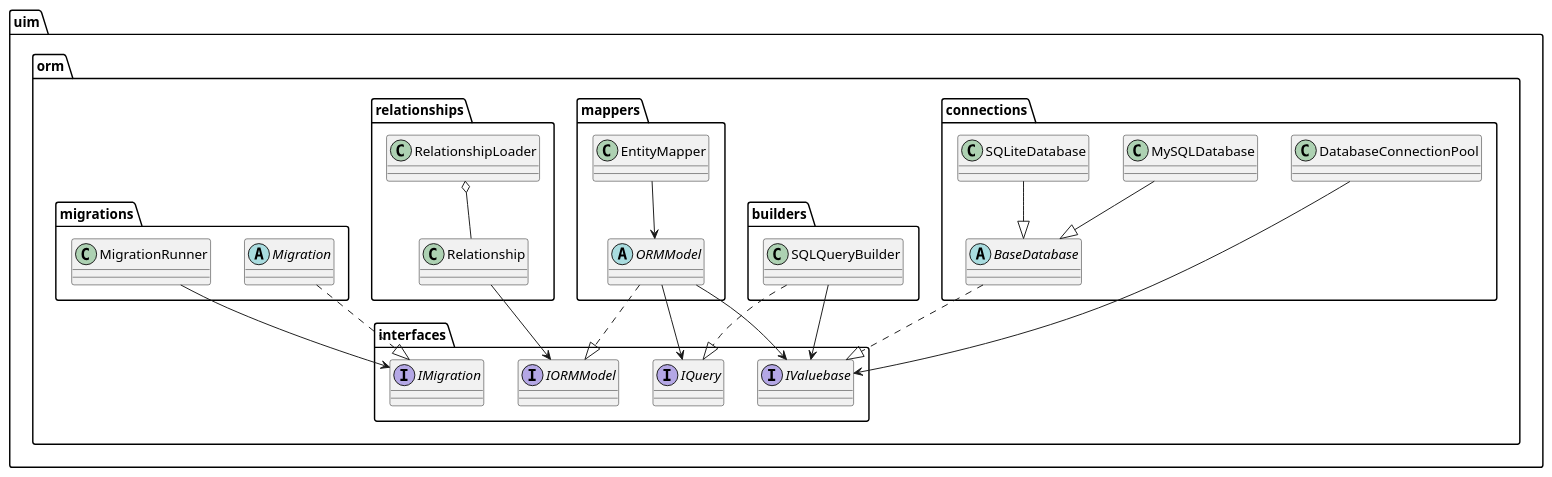
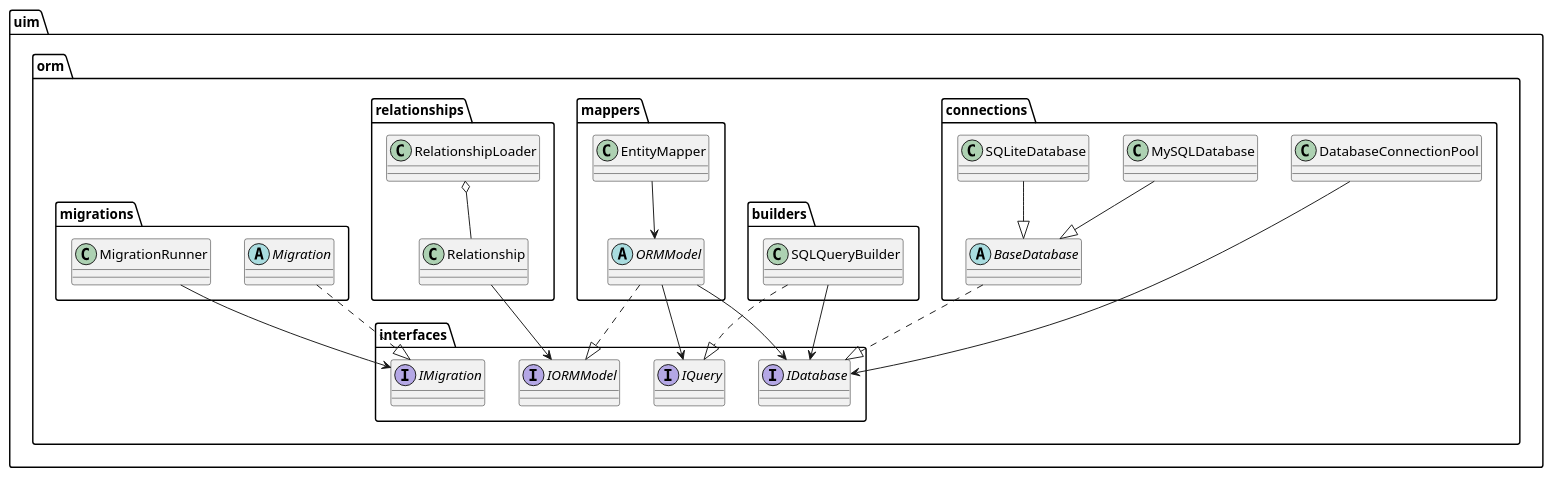
One commit to UIMSolutions/uim-framework changed the seventh of 9 diagrams in orm/UML.md. Above: the diagram before and after it, drawn with PlantUML. The commit also changed other lines of this file and 21 other files, not shown here.

````diff
--- a/orm/UML.md
+++ b/orm/UML.md
@@ -335,57 +335,57 @@
 ```plantuml
 @startuml ORM_System_Overview
 
 package "uim.orm.interfaces" {
-  interface IValuebase
+  interface IDatabase
   interface IQuery
   interface IORMModel
   interface IMigration
 }
 
 package "uim.orm.connections" {
   abstract class BaseDatabase
   class MySQLDatabase
   class SQLiteDatabase
   class DatabaseConnectionPool
 }
 
 package "uim.orm.builders" {
   class SQLQueryBuilder
 }
 
 package "uim.orm.mappers" {
   abstract class ORMModel
   class EntityMapper
 }
 
 package "uim.orm.relationships" {
   class Relationship
   class RelationshipLoader
 }
 
 package "uim.orm.migrations" {
   abstract class Migration
   class MigrationRunner
 }
 
-BaseDatabase ..|> IValuebase
+BaseDatabase ..|> IDatabase
 MySQLDatabase --|> BaseDatabase
 SQLiteDatabase --|> BaseDatabase
-DatabaseConnectionPool --> IValuebase
+DatabaseConnectionPool --> IDatabase
 
 SQLQueryBuilder ..|> IQuery
-SQLQueryBuilder --> IValuebase
+SQLQueryBuilder --> IDatabase
 
 ORMModel ..|> IORMModel
-ORMModel --> IValuebase
+ORMModel --> IDatabase
 ORMModel --> IQuery
 EntityMapper --> ORMModel
 
 Relationship --> IORMModel
 RelationshipLoader o-- Relationship
 
 Migration ..|> IMigration
 MigrationRunner --> IMigration
 
 @enduml
 ```
````
